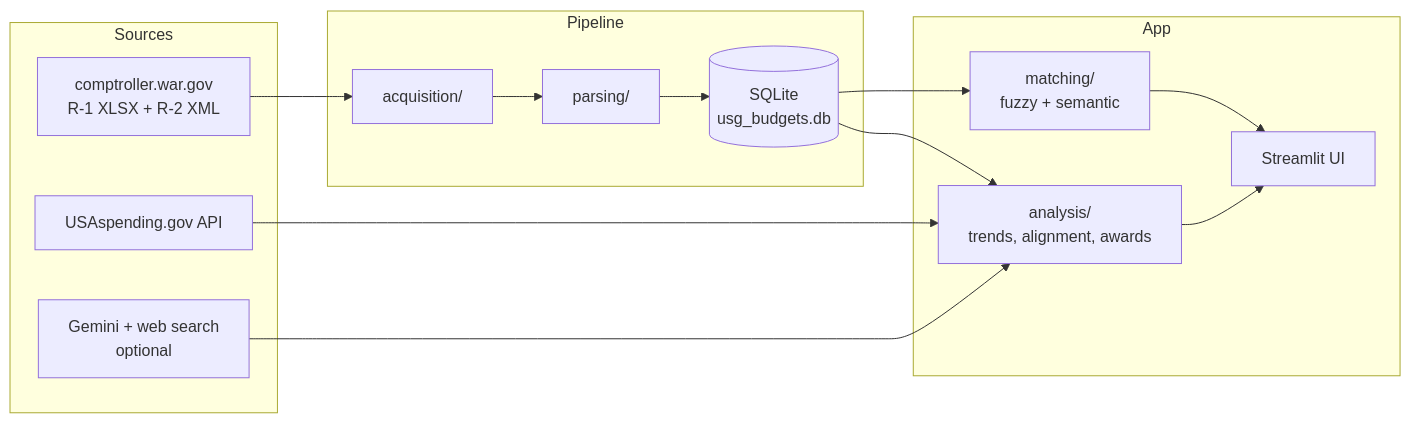
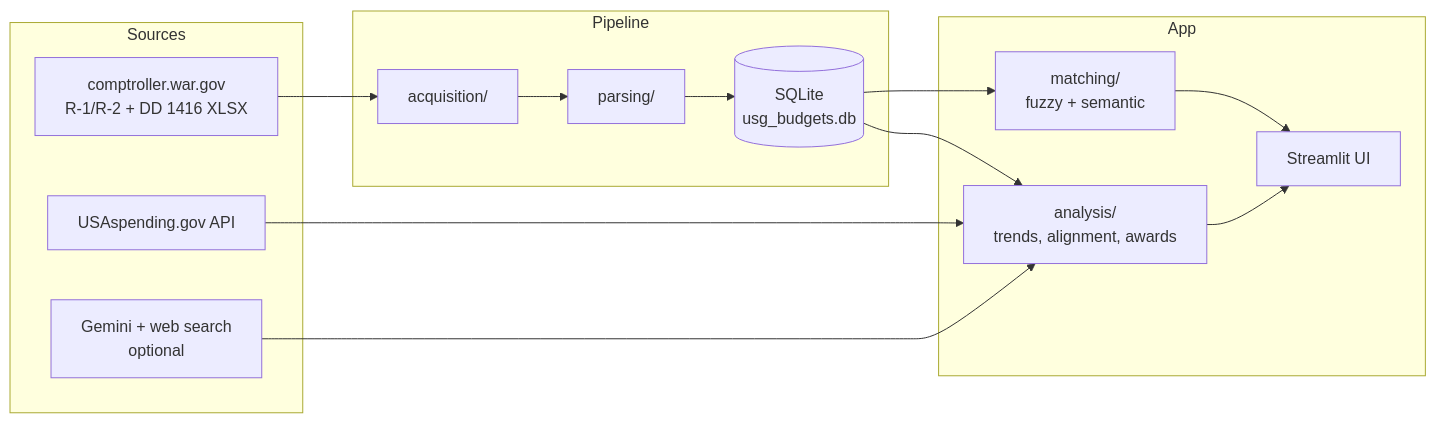
The diagram in README.md (the1quadfather/usg-budget-analyzer), drawn with Mermaid before and after one commit. The commit also changed other lines of this file and 24 other files, not shown here.

````diff
--- a/README.md
+++ b/README.md
@@ -28,22 +28,22 @@
 ```mermaid
 flowchart LR
     subgraph Sources
-        A[comptroller.war.gov<br/>R-1 XLSX + R-2 XML]
+        A[comptroller.war.gov<br/>R-1/R-2 + DD 1416 XLSX]
         B[USAspending.gov API]
         C[Gemini + web search<br/>optional]
     end
     subgraph Pipeline
         D[acquisition/] --> E[parsing/]
         E --> F[(SQLite<br/>usg_budgets.db)]
     end
     subgraph App
         G[matching/<br/>fuzzy + semantic]
         H[analysis/<br/>trends, alignment, awards]
         I[Streamlit UI]
     end
     A --> D
     F --> G --> I
     F --> H --> I
     B --> H
     C --> H
 ```
````
